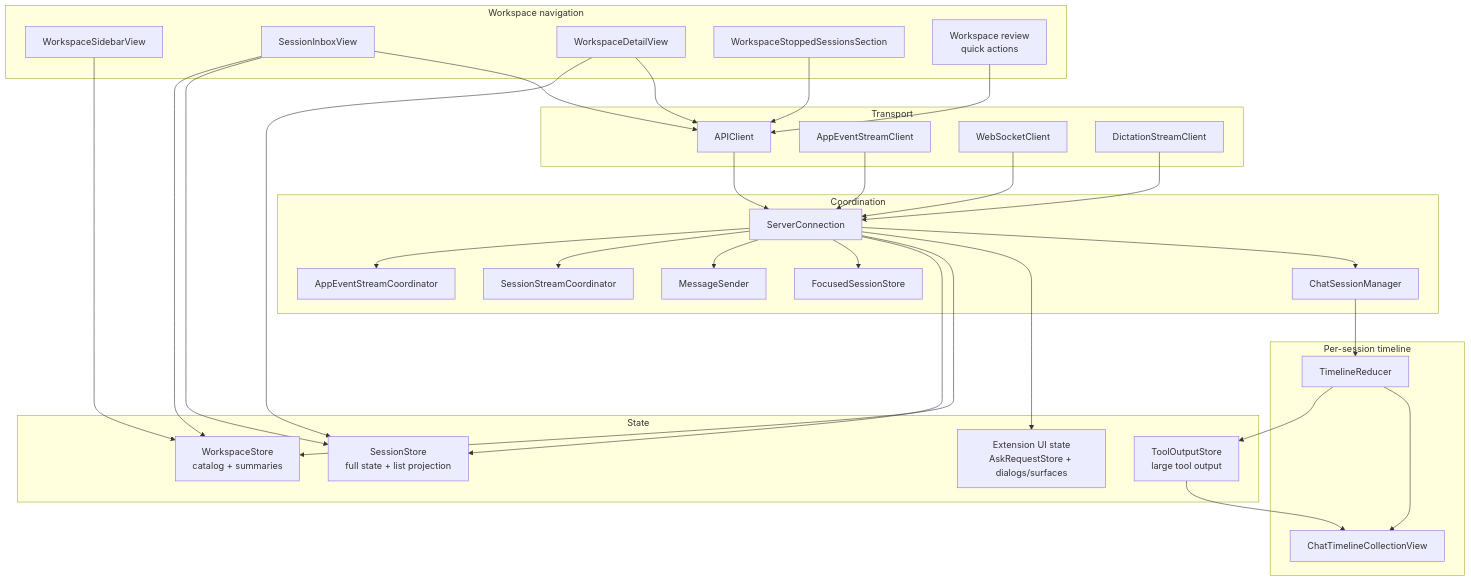
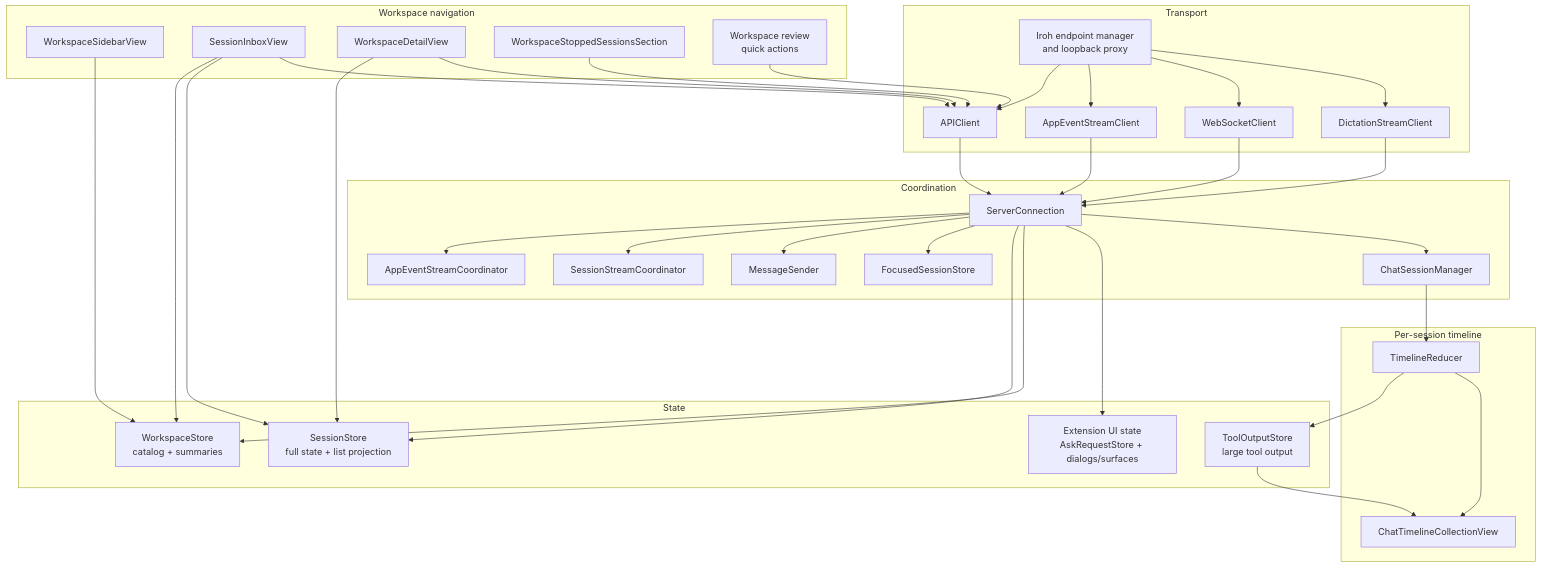
The first of 4 diagrams in docs/architecture-client.md (duh17/oppi), drawn with Mermaid before and after one commit. The commit also changed other lines of this file and 92 other files, not shown here.

````diff
--- a/docs/architecture-client.md
+++ b/docs/architecture-client.md
@@ -27,63 +27,68 @@
 ```mermaid
 graph TD
   subgraph Transport[Transport]
+    Iroh[Iroh endpoint manager<br/>and loopback proxy]
     API[APIClient]
     AppEventClient[AppEventStreamClient]
     SessionClient[WebSocketClient]
     AudioClient[DictationStreamClient]
   end
 
   subgraph Coordination[Coordination]
     Connection[ServerConnection]
     AppEventCoord[AppEventStreamCoordinator]
     StreamCoord[SessionStreamCoordinator]
     Sender[MessageSender]
     Focus[FocusedSessionStore]
     ChatManager[ChatSessionManager]
   end
 
   subgraph State[State]
     SessionStore[SessionStore<br/>full state + list projection]
     WorkspaceStore[WorkspaceStore<br/>catalog + summaries]
     ExtensionUIState[Extension UI state<br/>AskRequestStore + dialogs/surfaces]
     ToolOutputStore[ToolOutputStore<br/>large tool output]
   end
 
   subgraph WorkspaceViews[Workspace navigation]
     Sidebar[WorkspaceSidebarView]
     Inbox[SessionInboxView]
     Detail[WorkspaceDetailView]
     Archive[WorkspaceStoppedSessionsSection]
     Review[Workspace review<br/>quick actions]
   end
 
   subgraph Timeline[Per-session timeline]
     Reducer[TimelineReducer]
     UIKit[ChatTimelineCollectionView]
   end
 
+  Iroh --> API
+  Iroh --> AppEventClient
+  Iroh --> SessionClient
+  Iroh --> AudioClient
   API --> Connection
   AppEventClient --> Connection
   SessionClient --> Connection
   AudioClient --> Connection
   Connection --> AppEventCoord
   Connection --> StreamCoord
   Connection --> Sender
   Connection --> Focus
   Connection --> SessionStore
   Connection --> WorkspaceStore
   Connection --> ExtensionUIState
   Connection --> ChatManager
   Sidebar --> WorkspaceStore
   Inbox --> WorkspaceStore
   Inbox --> SessionStore
   Inbox --> API
   Detail --> SessionStore
   Detail --> API
   Archive --> API
   Review --> API
   ChatManager --> Reducer
   Reducer --> ToolOutputStore
   ToolOutputStore --> UIKit
   Reducer --> UIKit
 ```
````
